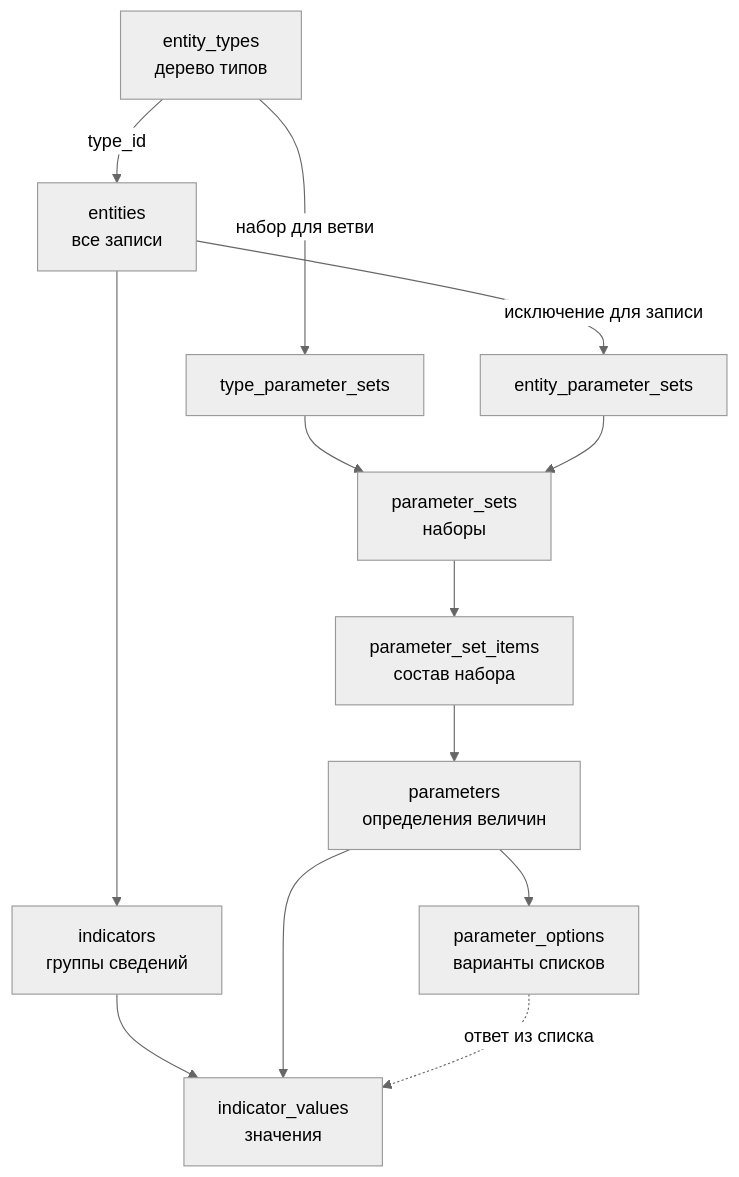
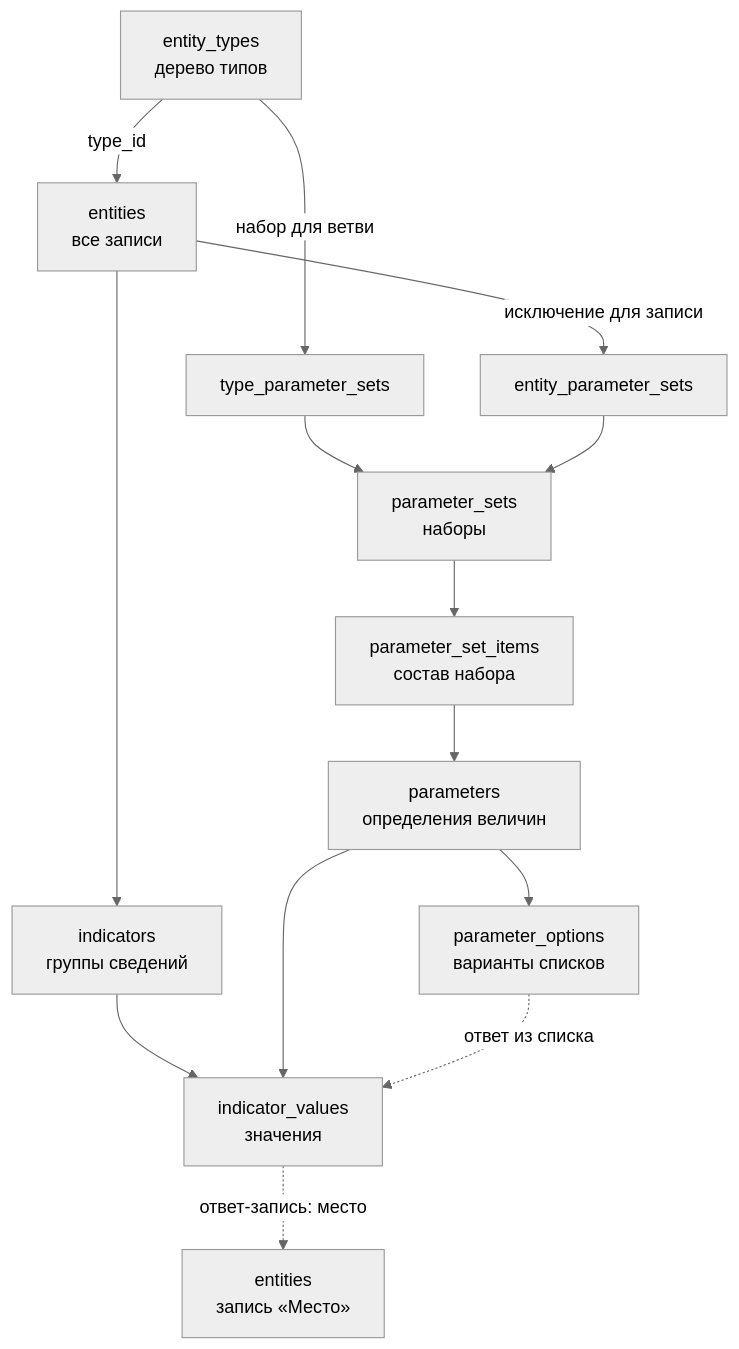
The first of 3 diagrams in WIKI/Схема данных — единая диаграмма.md (softom/2vhutemas2), drawn with Mermaid (neutral theme) before and after one commit. The commit also changed other lines of this file and 1 other file, not shown here.

Commit message:
Р-85 исправлено: отношение к месту — параметр записи со ссылкой на место, связь не расширяется

````diff
--- a/WIKI/Схема данных — единая диаграмма.md
+++ b/WIKI/Схема данных — единая диаграмма.md
@@ -19,15 +19,16 @@
 ```mermaid
 flowchart TD
     T["entity_types<br/>дерево типов"] -->|"type_id"| E["entities<br/>все записи"]
     T -->|"набор для ветви"| TPS["type_parameter_sets"]
     TPS --> PS["parameter_sets<br/>наборы"]
     E -->|"исключение для записи"| EPS["entity_parameter_sets"]
     EPS --> PS
     PS --> PSI["parameter_set_items<br/>состав набора"]
     PSI --> P["parameters<br/>определения величин"]
     P --> PO["parameter_options<br/>варианты списков"]
     E --> I["indicators<br/>группы сведений"]
     I --> V["indicator_values<br/>значения"]
     P --> V
     PO -.->|"ответ из списка"| V
+    V -.->|"ответ-запись: место"| EM["entities<br/>запись «Место»"]
 ```
````
